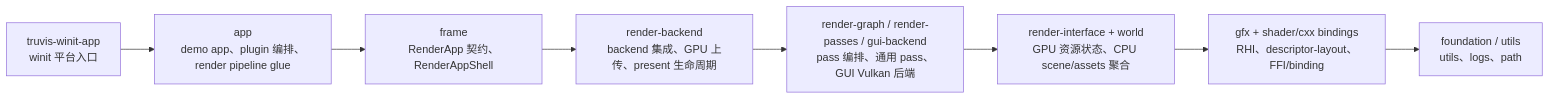
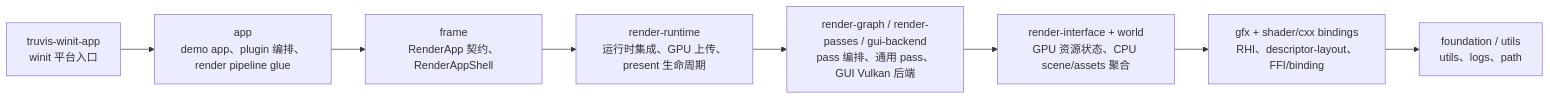
The second of 7 diagrams in ARCHITECTURE.md (acccoco/TruvisRenderer), drawn with Mermaid before and after one commit. The commit also changed other lines of this file and 122 other files, not shown here.

````diff
--- a/ARCHITECTURE.md
+++ b/ARCHITECTURE.md
@@ -33,13 +33,13 @@
 ```mermaid
 flowchart LR
     Foundation["foundation / utils<br/>utils、logs、path"]
     Gfx["gfx + shader/cxx bindings<br/>RHI、descriptor-layout、FFI/binding"]
     Core["render-interface + world<br/>GPU 资源状态、CPU scene/assets 聚合"]
     RenderDomain["render-graph / render-passes / gui-backend<br/>pass 编排、通用 pass、GUI Vulkan 后端"]
-    Backend["render-backend<br/>backend 集成、GPU 上传、present 生命周期"]
+    Runtime["render-runtime<br/>运行时集成、GPU 上传、present 生命周期"]
     Frame["frame<br/>RenderApp 契约、RenderAppShell"]
     App["app<br/>demo app、plugin 编排、render pipeline glue"]
     Platform["truvis-winit-app<br/>winit 平台入口"]
 
-    Platform --> App --> Frame --> Backend --> RenderDomain --> Core --> Gfx --> Foundation
+    Platform --> App --> Frame --> Runtime --> RenderDomain --> Core --> Gfx --> Foundation
 ```
````
